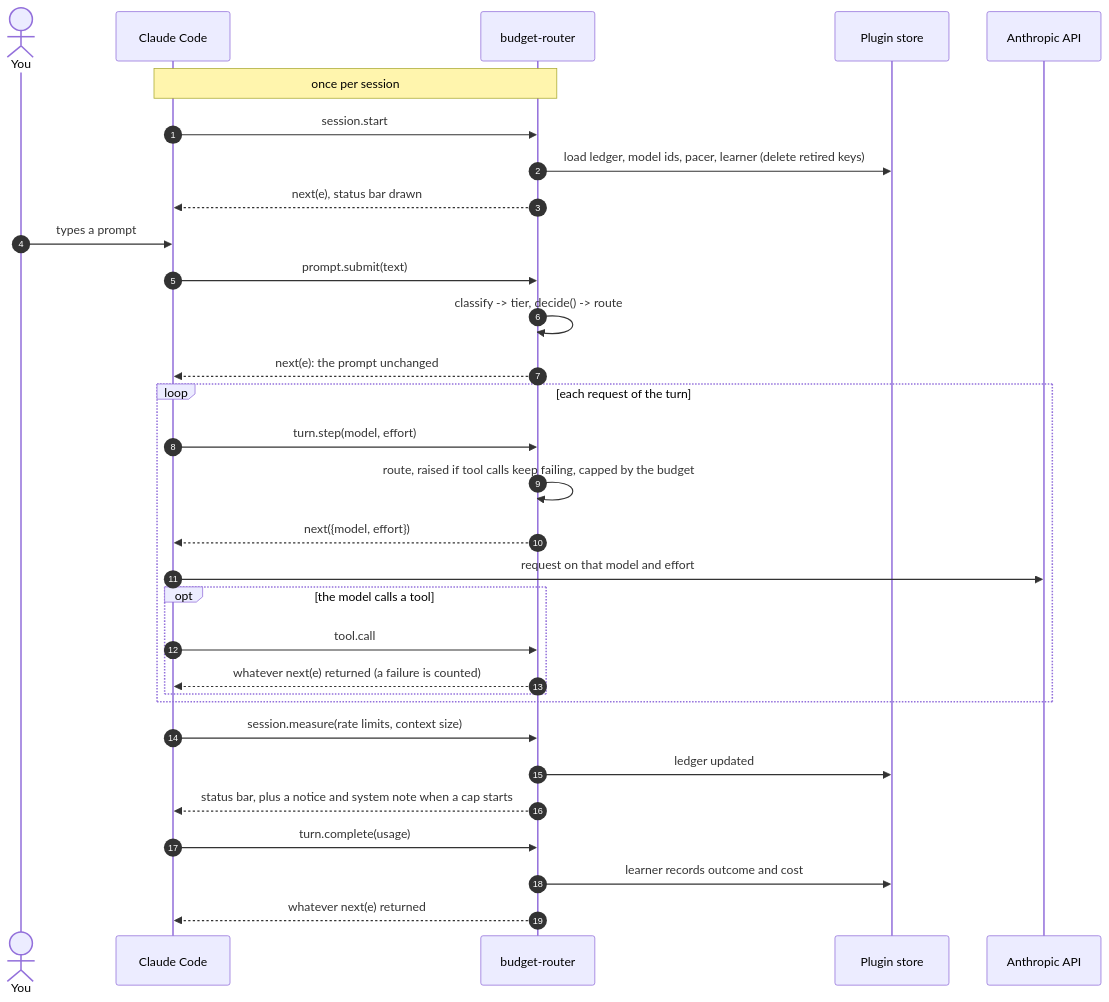
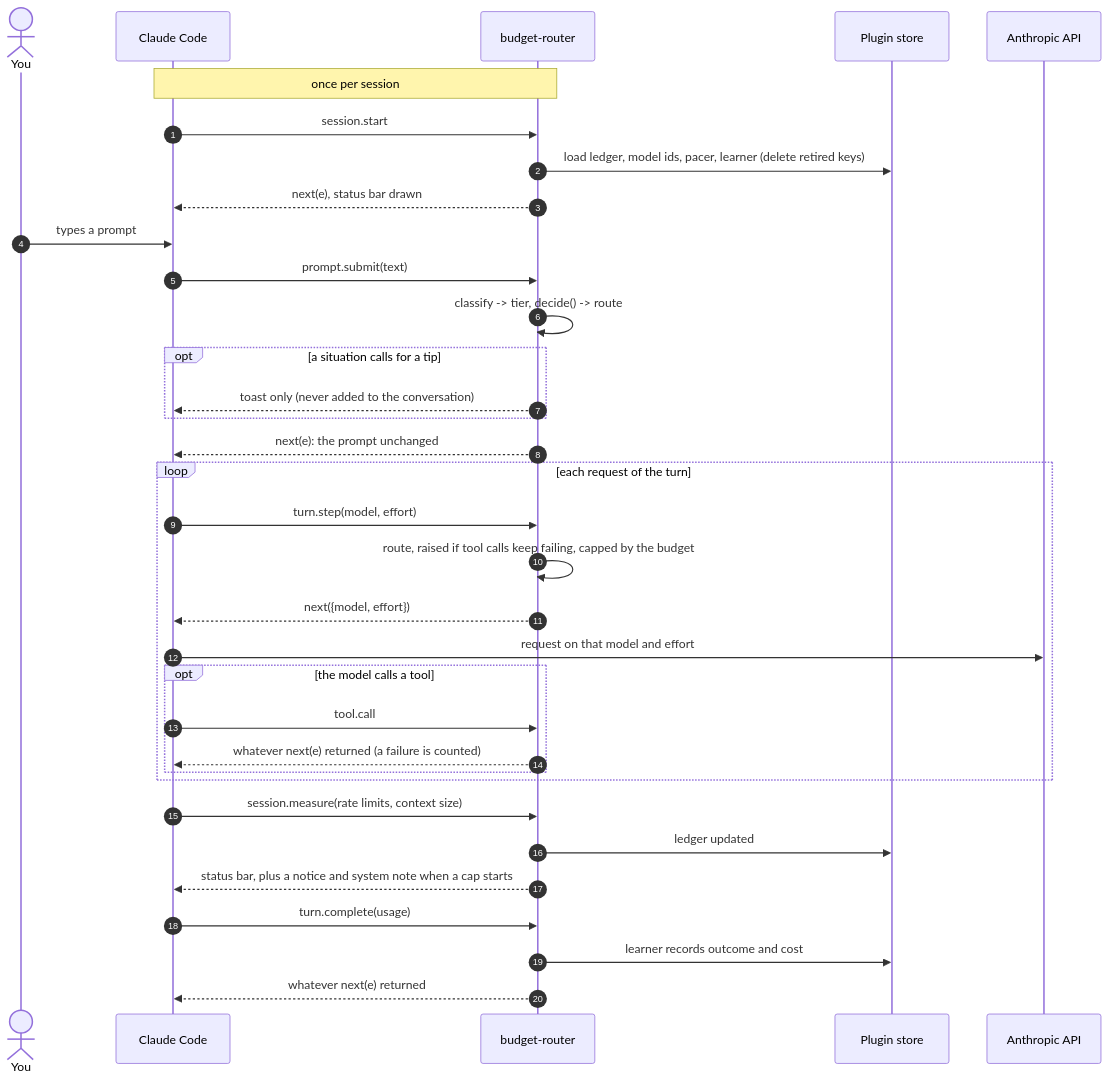
One commit to ValhalaStudio/budget-router-kit changed the third of 5 diagrams in plugins/budget-router/ARCHITECTURE.md. Above: the diagram before and after it, drawn with Mermaid. The commit also changed other lines of this file and 11 other files, not shown here.

````diff
--- a/plugins/budget-router/ARCHITECTURE.md
+++ b/plugins/budget-router/ARCHITECTURE.md
@@ -126,37 +127,40 @@
 ```mermaid
 sequenceDiagram
   autonumber
   actor You
   participant CC as Claude Code
   participant Mod as budget-router
   participant Store as Plugin store
   participant API as Anthropic API
 
   Note over CC,Mod: once per session
   CC->>Mod: session.start
   Mod->>Store: load ledger, model ids, pacer, learner (delete retired keys)
   Mod-->>CC: next(e), status bar drawn
 
   You->>CC: types a prompt
   CC->>Mod: prompt.submit(text)
   Mod->>Mod: classify -> tier, decide() -> route
+  opt a situation calls for a tip
+    Mod-->>CC: toast only (never added to the conversation)
+  end
   Mod-->>CC: next(e): the prompt unchanged
 
   loop each request of the turn
     CC->>Mod: turn.step(model, effort)
     Mod->>Mod: route, raised if tool calls keep failing, capped by the budget
     Mod-->>CC: next({model, effort})
     CC->>API: request on that model and effort
     opt the model calls a tool
       CC->>Mod: tool.call
       Mod-->>CC: whatever next(e) returned (a failure is counted)
     end
   end
 
   CC->>Mod: session.measure(rate limits, context size)
   Mod->>Store: ledger updated
   Mod-->>CC: status bar, plus a notice and system note when a cap starts
   CC->>Mod: turn.complete(usage)
   Mod->>Store: learner records outcome and cost
   Mod-->>CC: whatever next(e) returned
 ```
````
